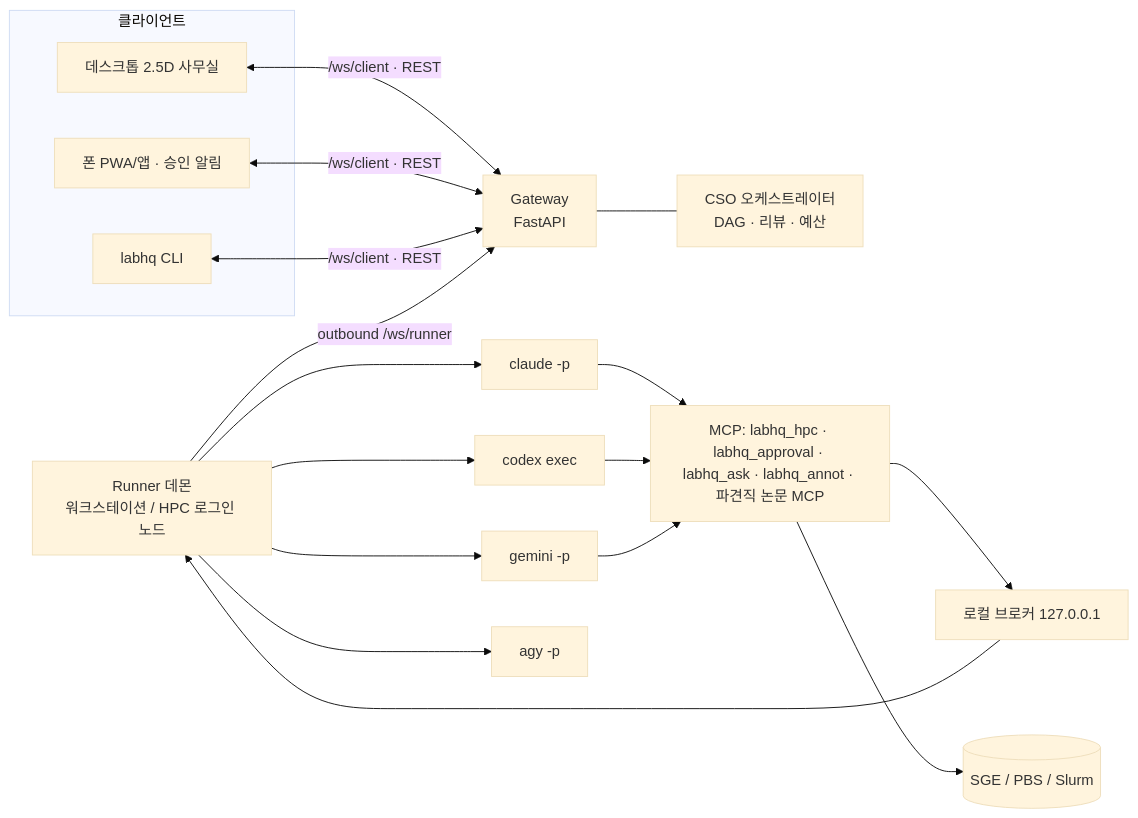
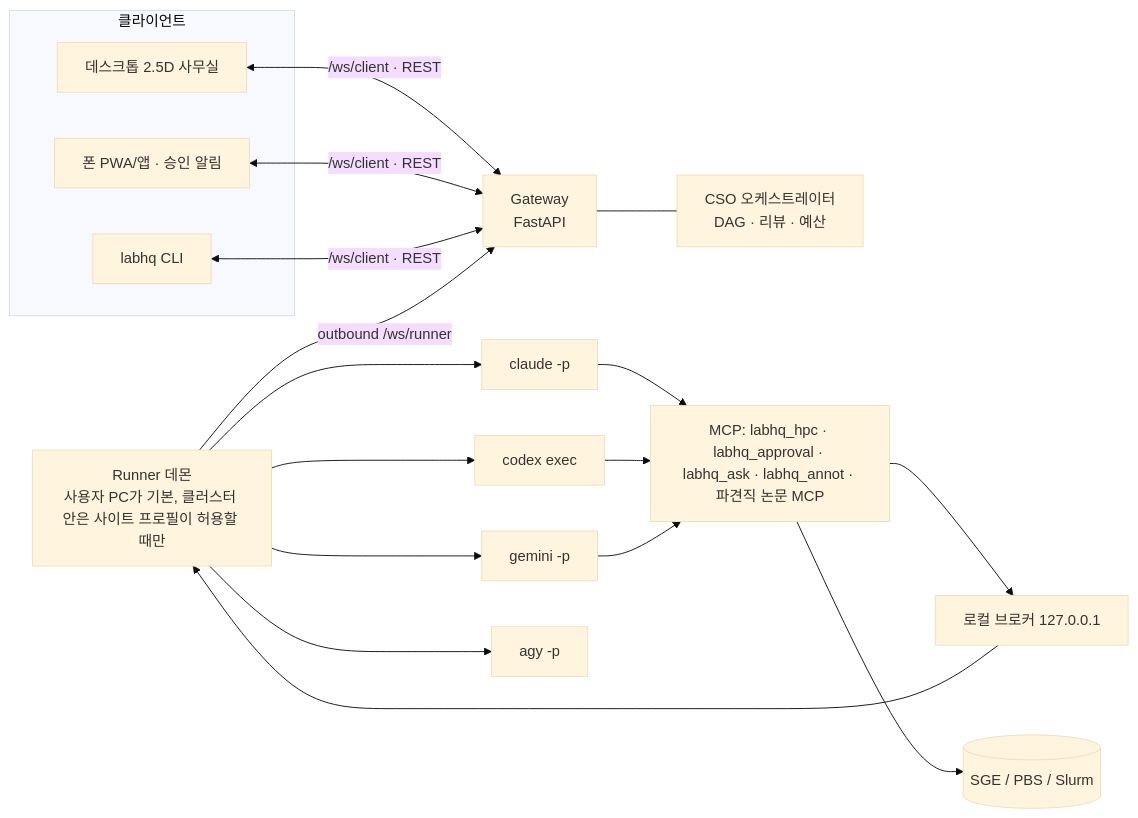
The first of 2 diagrams in docs/manual/08-structure.md (ehojune/bioinfo-team-3d), drawn with Mermaid (base theme) before and after one commit. The commit also changed other lines of this file and 3 other files, not shown here.

Commit message:
manual 08·11장: HPC 범용 정책(agent는 HPC 밖, 로그인 최소화, 사이트 프로필) (#1295)

````diff
--- a/docs/manual/08-structure.md
+++ b/docs/manual/08-structure.md
@@ -109,15 +109,15 @@
 ```mermaid
 flowchart LR
   subgraph 클라이언트
     D[데스크톱 2.5D 사무실]
     M[폰 PWA/앱 · 승인 알림]
     C[labhq CLI]
   end
   D & M & C <-->|/ws/client · REST| G[Gateway<br/>FastAPI]
   G --- O[CSO 오케스트레이터<br/>DAG · 리뷰 · 예산]
-  R[Runner 데몬<br/>워크스테이션 / HPC 로그인 노드] -->|outbound /ws/runner| G
+  R[Runner 데몬<br/>사용자 PC가 기본, 클러스터 안은 사이트 프로필이 허용할 때만] -->|outbound /ws/runner| G
   R --> E1[claude -p] & E2[codex exec] & E3[gemini -p] & E4[agy -p]
   E1 & E2 & E3 --> T[MCP: labhq_hpc · labhq_approval · labhq_ask · labhq_annot · 파견직 논문 MCP]
   T --> B[로컬 브로커 127.0.0.1] --> R
   T --> H[(SGE / PBS / Slurm)]
 ```
````
